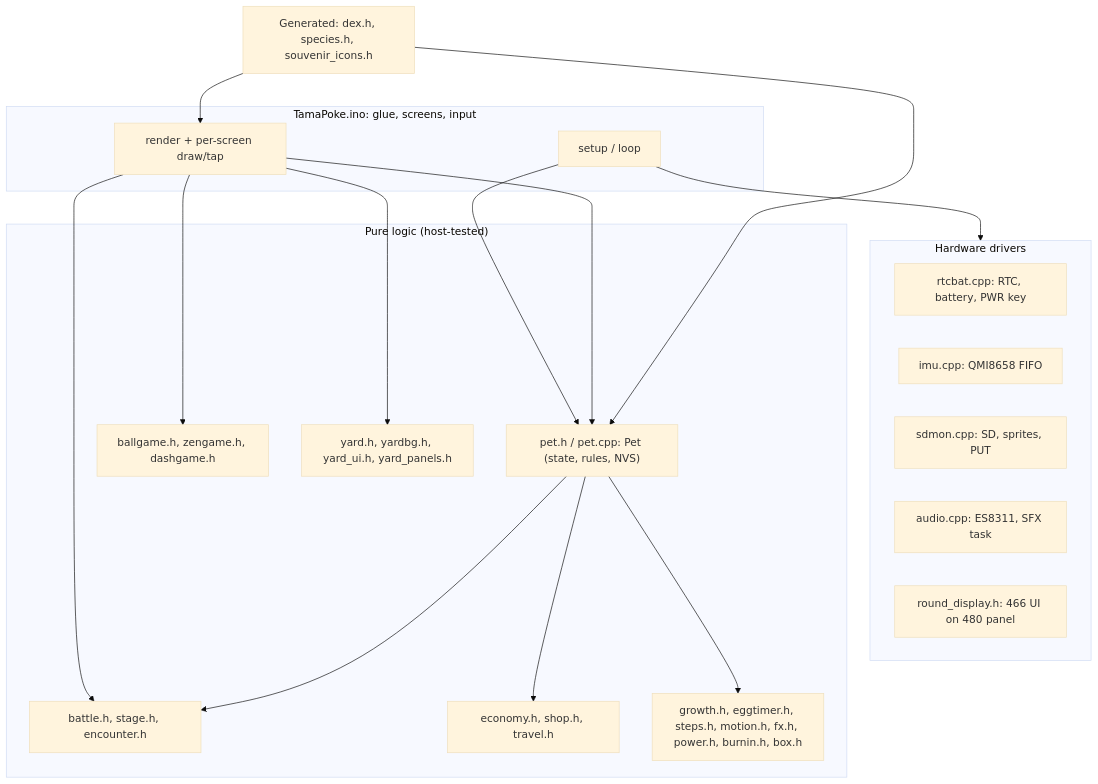
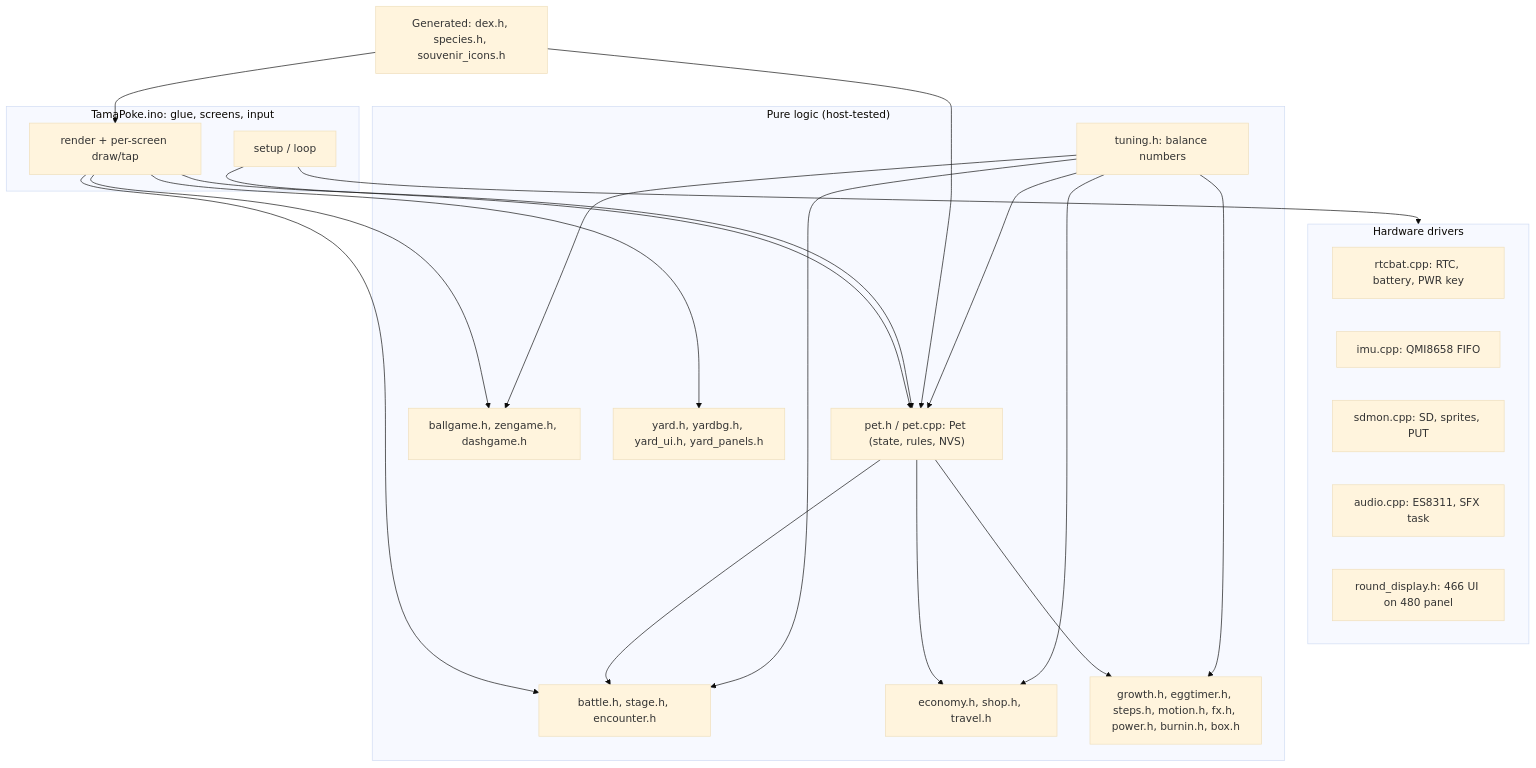
The first of 11 diagrams in docs/GAME_LOGIC.md (Ale-Cuevas/TamaPoke), drawn with Mermaid (base theme) before and after one commit. The commit also changed other lines of this file and 17 other files, not shown here.

````diff
--- a/docs/GAME_LOGIC.md
+++ b/docs/GAME_LOGIC.md
@@ -93,34 +98,40 @@
 ```mermaid
 flowchart TB
   subgraph HW["Hardware drivers"]
     RTC["rtcbat.cpp: RTC, battery, PWR key"]
     IMU["imu.cpp: QMI8658 FIFO"]
     SD["sdmon.cpp: SD, sprites, PUT"]
     AUD["audio.cpp: ES8311, SFX task"]
     DISP["round_display.h: 466 UI on 480 panel"]
   end
   subgraph INO["TamaPoke.ino: glue, screens, input"]
     LOOP["setup / loop"]
     UI["render + per-screen draw/tap"]
   end
   subgraph LOGIC["Pure logic (host-tested)"]
     PET["pet.h / pet.cpp: Pet (state, rules, NVS)"]
     GAMES["ballgame.h, zengame.h, dashgame.h"]
     BAT["battle.h, stage.h, encounter.h"]
     YARD["yard.h, yardbg.h, yard_ui.h, yard_panels.h"]
     ECO["economy.h, shop.h, travel.h"]
     MISC["growth.h, eggtimer.h, steps.h, motion.h, fx.h, power.h, burnin.h, box.h"]
+    TUNE["tuning.h: balance numbers"]
   end
   GEN["Generated: dex.h, species.h, souvenir_icons.h"]
   LOOP --> PET
   UI --> PET
   UI --> GAMES
   UI --> BAT
   UI --> YARD
   PET --> BAT
   PET --> ECO
   PET --> MISC
   GEN --> PET
   GEN --> UI
+  TUNE --> PET
+  TUNE --> GAMES
+  TUNE --> BAT
+  TUNE --> ECO
+  TUNE --> MISC
   LOOP --> HW
 ```
````
